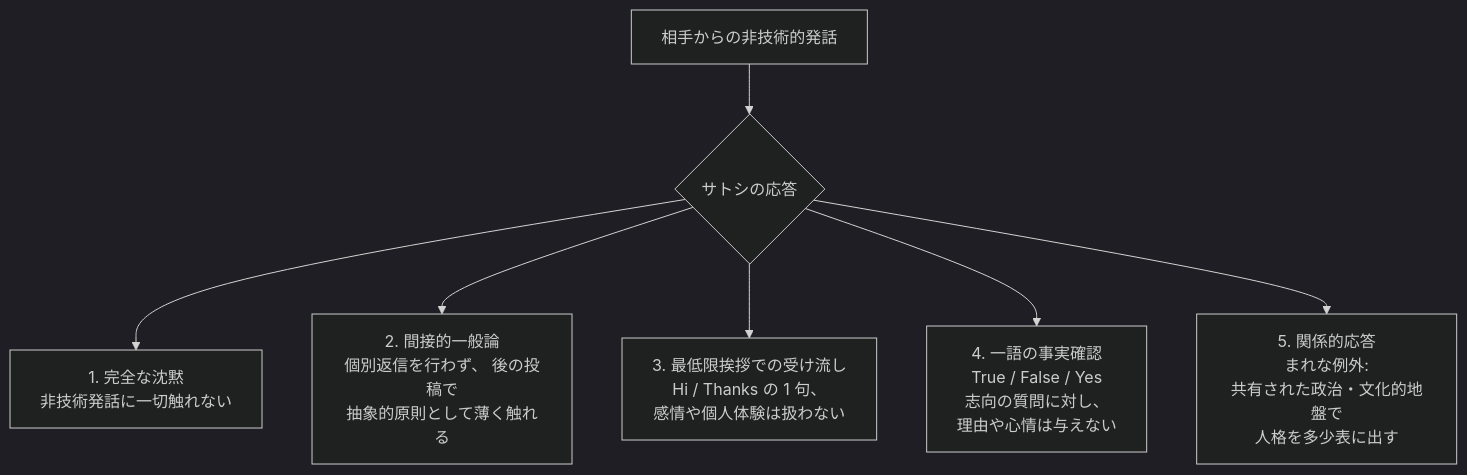
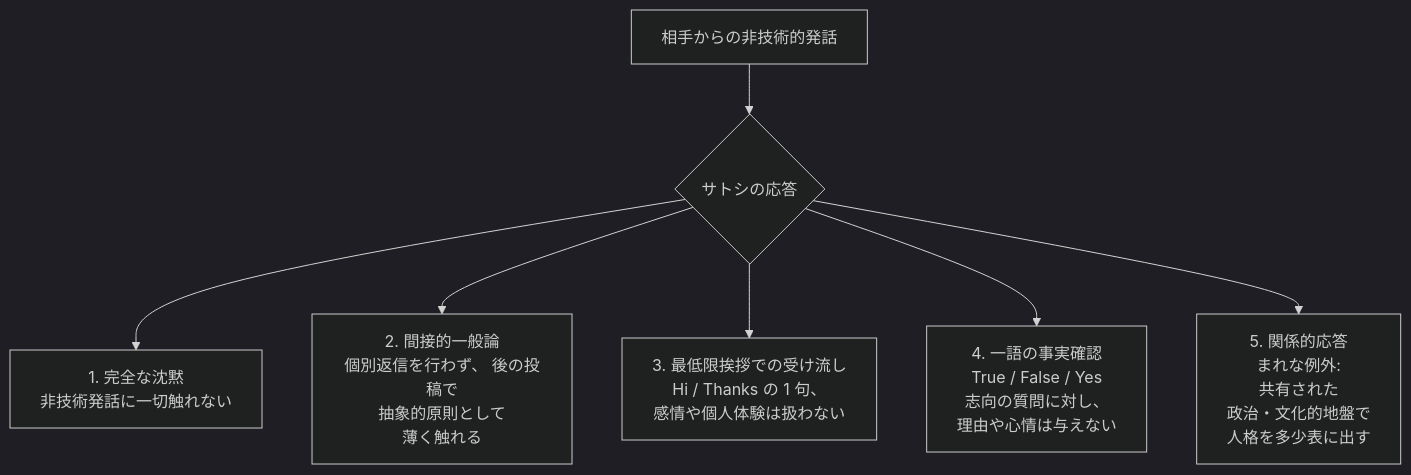
The diagram in src/data/translations/ja/analysis/2010-12-27-satoshi-non-technical-silence.md (cypher256/BitcoinArchive), drawn with Mermaid (dark theme) before and after one commit. The commit also changed other lines of this file and 26 other files, not shown here.

````diff
--- a/src/data/translations/ja/analysis/2010-12-27-satoshi-non-technical-silence.md
+++ b/src/data/translations/ja/analysis/2010-12-27-satoshi-non-technical-silence.md
@@ -96,9 +96,9 @@
 ```mermaid
 flowchart TD
   N[相手からの非技術的発話] --> D{サトシの応答}
   D --> P1[1. 完全な沈黙<br/>非技術発話に一切触れない]
-  D --> P2[2. 間接的一般論<br/>個別返信を行わず、 後の投稿で<br/>抽象的原則として薄く触れる]
+  D --> P2[2. 間接的一般論<br/>個別返信を行わず、 後の投稿で<br/>抽象的原則として<br/>薄く触れる]
   D --> P3[3. 最低限挨拶での受け流し<br/>Hi / Thanks の 1 句、<br/>感情や個人体験は扱わない]
   D --> P4[4. 一語の事実確認<br/>True / False / Yes<br/>志向の質問に対し、<br/>理由や心情は与えない]
-  D --> P5[5. 関係的応答<br/>まれな例外:<br/>共有された政治・文化的地盤で<br/>人格を多少表に出す]
+  D --> P5[5. 関係的応答<br/>まれな例外:<br/>共有された<br/>政治・文化的地盤で<br/>人格を多少表に出す]
 ```
````
